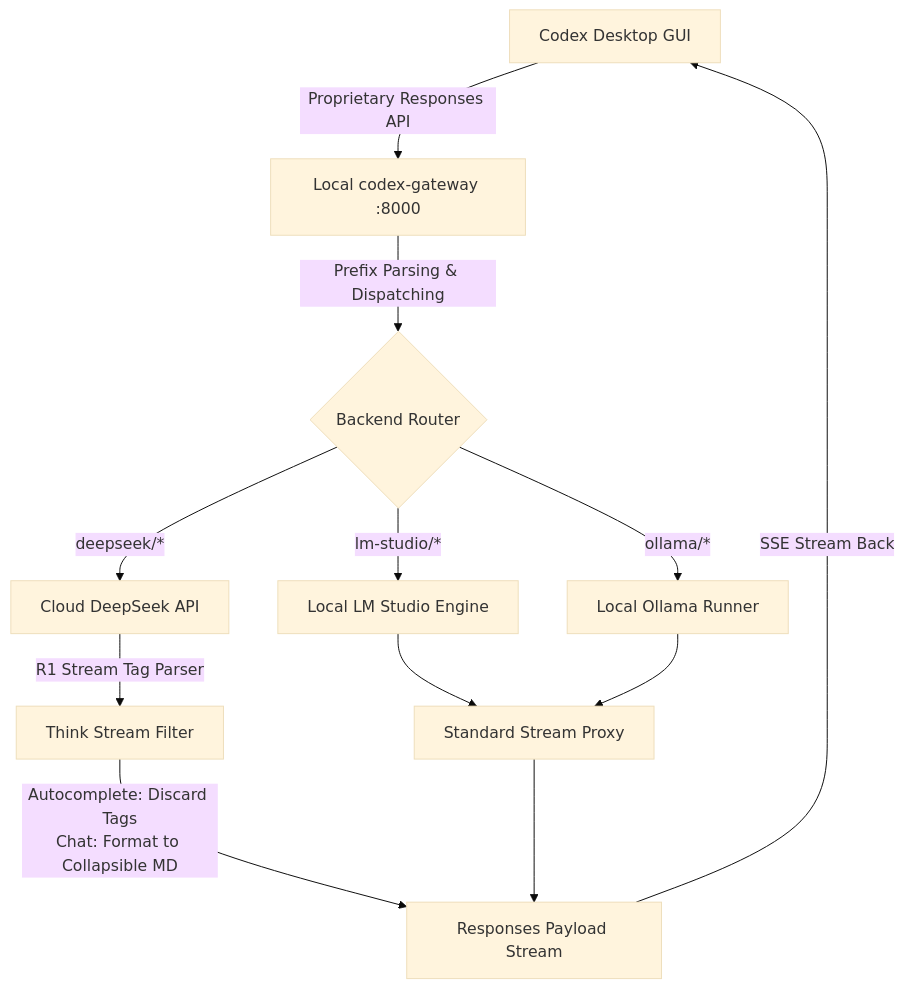
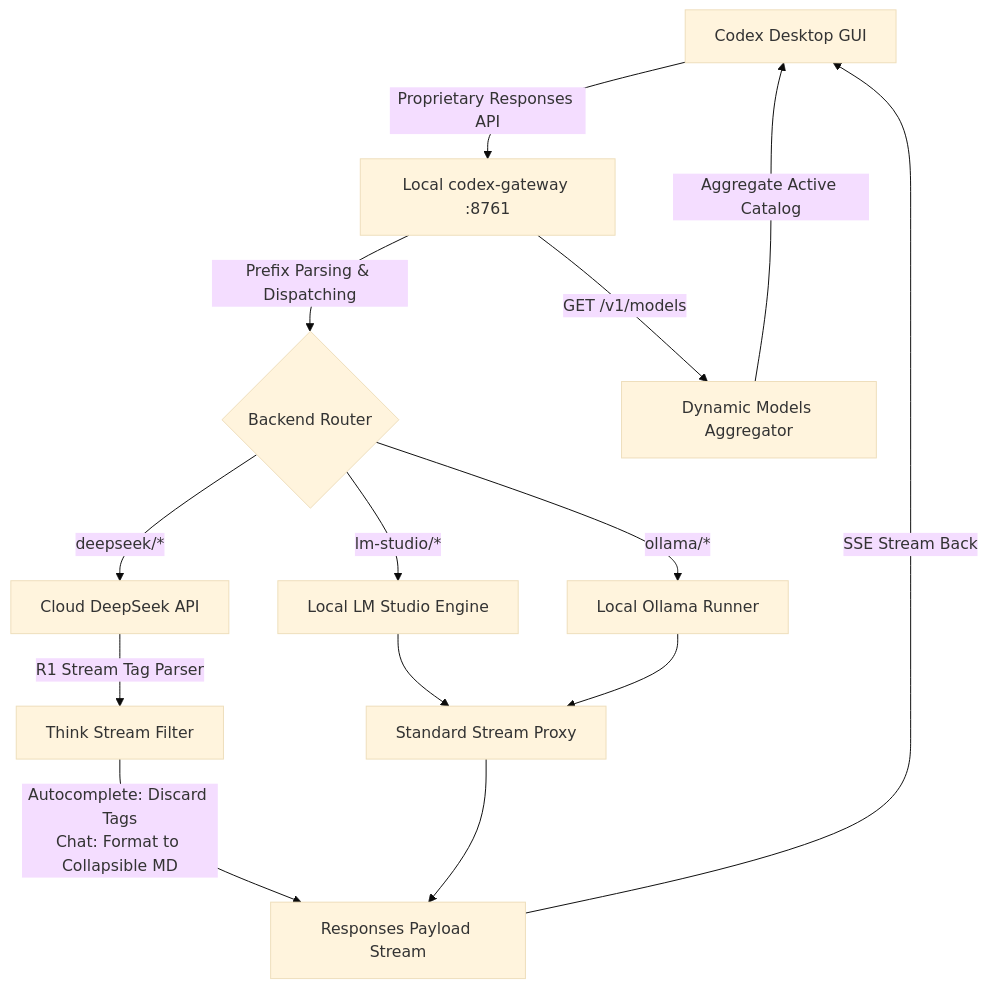
Before and after one commit to aihank6674/codex-gateway: the diagram in README.md, drawn with Mermaid (base theme). The commit also changed other lines of this file and 6 other files, not shown here.

````diff
--- a/README.md
+++ b/README.md
@@ -16,19 +16,22 @@
 ```mermaid
 graph TD
-    A[Codex Desktop GUI] -->|Proprietary Responses API| B[Local codex-gateway :8000]
+    A[Codex Desktop GUI] -->|Proprietary Responses API| B[Local codex-gateway :8761]
     
     B -->|Prefix Parsing & Dispatching| C{Backend Router}
+    
+    B -->|GET /v1/models| K[Dynamic Models Aggregator]
+    K -->|Aggregate Active Catalog| A
     
     C -->|deepseek/*| D[Cloud DeepSeek API]
     C -->|lm-studio/*| E[Local LM Studio Engine]
     C -->|ollama/*| F[Local Ollama Runner]
     
     D -->|R1 Stream Tag Parser| G[Think Stream Filter]
     E --> H[Standard Stream Proxy]
     F --> H
     
     G -->|Autocomplete: Discard Tags<br>Chat: Format to Collapsible MD| I[Responses Payload Stream]
     H --> I
     
     I -->| SSE Stream Back| A
 ```
````
